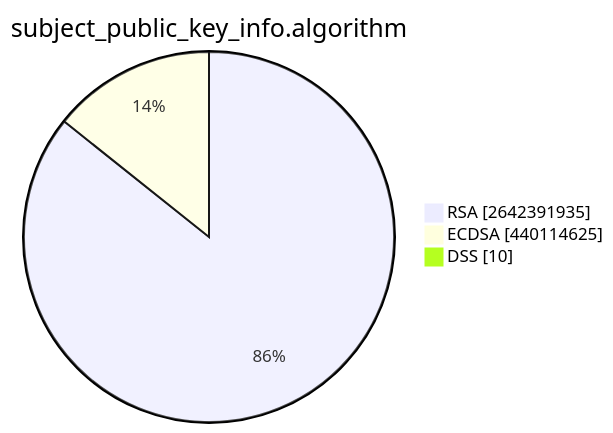
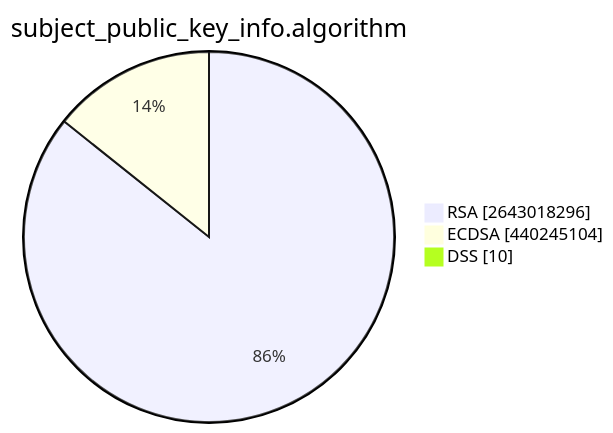
One commit to christiankrug/ctmonitor_visualization changed the second of 15 diagrams in TOTAL/README.md. Above: the diagram before and after it, drawn with Mermaid. The commit also changed other lines of this file, not shown here.

````diff
--- a/TOTAL/README.md
+++ b/TOTAL/README.md
@@ -6,7 +6,7 @@
 ```mermaid
 pie showData
 title subject_public_key_info.algorithm
-"RSA" :2642391935
-"ECDSA" :440114625
+"RSA" :2643018296
+"ECDSA" :440245104
 "DSS" :10
 ```
````
